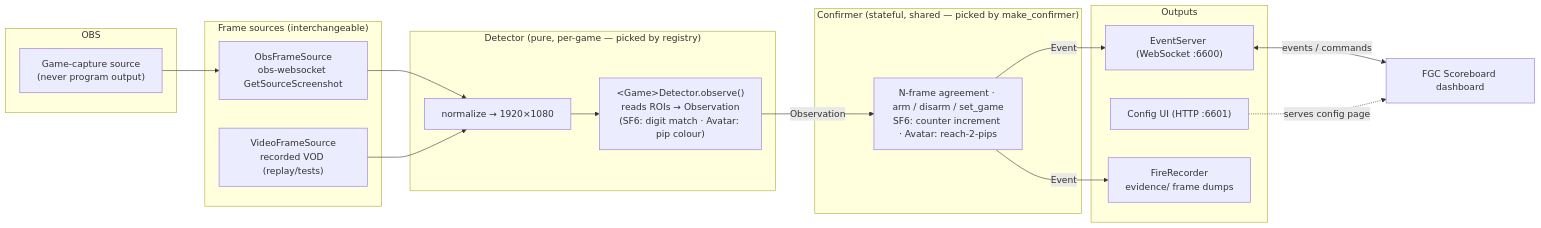
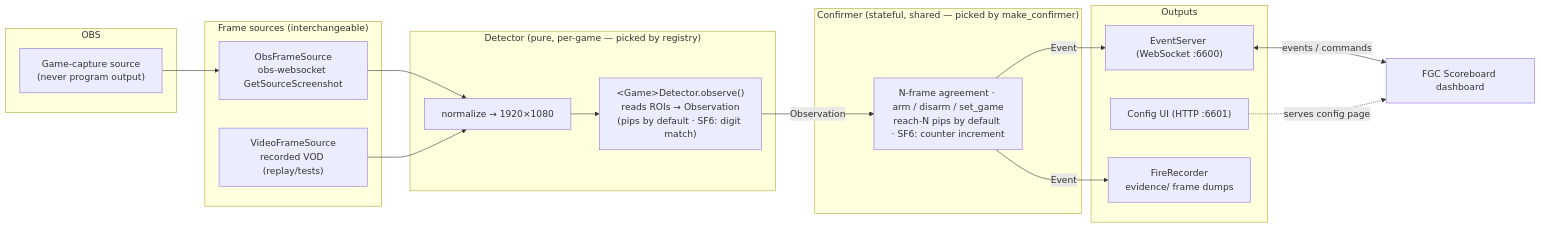
The diagram in README.md (fgc-hamburg/fgc-stream-event-detector), drawn with Mermaid before and after one commit. The commit also changed other lines of this file and 106 other files, not shown here.

First line of the commit message:
feat: Marvel TOKON round-pip detector (#5)

````diff
--- a/README.md
+++ b/README.md
@@ -34,38 +40,38 @@
 ```mermaid
 flowchart LR
     subgraph OBS
         GC["Game-capture source<br/>(never program output)"]
     end
 
     subgraph FrameSources["Frame sources (interchangeable)"]
         OFS["ObsFrameSource<br/>obs-websocket GetSourceScreenshot"]
         VFS["VideoFrameSource<br/>recorded VOD (replay/tests)"]
     end
 
     subgraph Detect["Detector (pure, per-game — picked by registry)"]
         NORM["normalize → 1920×1080"]
-        DET["&lt;Game&gt;Detector.observe()<br/>reads ROIs → Observation<br/>(SF6: digit match · Avatar: pip colour)"]
+        DET["&lt;Game&gt;Detector.observe()<br/>reads ROIs → Observation<br/>(pips by default · SF6: digit match)"]
     end
 
     subgraph Confirm["Confirmer (stateful, shared — picked by make_confirmer)"]
-        CONF["N-frame agreement · arm / disarm / set_game<br/>SF6: counter increment · Avatar: reach-2-pips"]
+        CONF["N-frame agreement · arm / disarm / set_game<br/>reach-N pips by default · SF6: counter increment"]
     end
 
     subgraph Out["Outputs"]
         SRV["EventServer (WebSocket :6600)"]
         UI["Config UI (HTTP :6601)"]
         REC["FireRecorder<br/>evidence/ frame dumps"]
     end
 
     DASH["FGC Scoreboard dashboard"]
 
     GC --> OFS
     OFS --> NORM
     VFS --> NORM
     NORM --> DET
     DET -- Observation --> CONF
     CONF -- Event --> SRV
     CONF -- Event --> REC
     SRV <-- "events / commands" --> DASH
     UI -. serves config page .-> DASH
 ```
````
